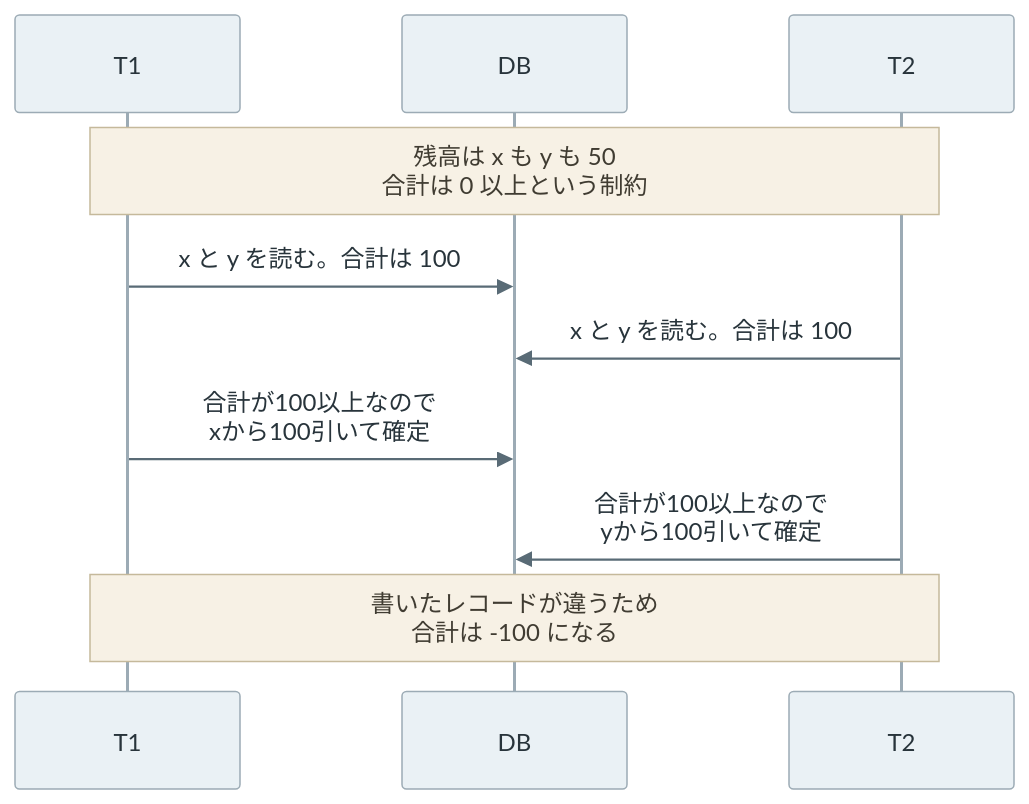
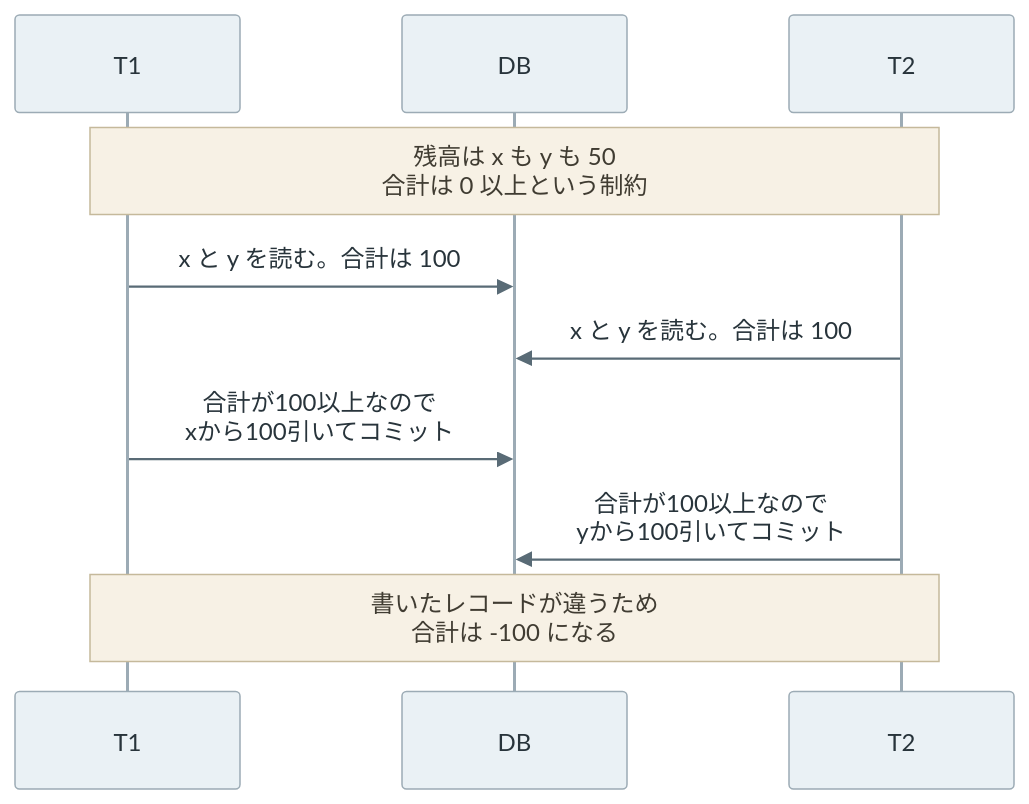
The second of 3 diagrams in content/notes/database-systems/snapshot-isolation/index.md (nao1215/debimate), drawn with Mermaid before and after one commit. The commit also changed other lines of this file and 32 other files, not shown here.

````diff
--- a/content/notes/database-systems/snapshot-isolation/index.md
+++ b/content/notes/database-systems/snapshot-isolation/index.md
@@ -84,13 +84,13 @@
 ```mermaid
 %%{init: {"theme":"base","themeVariables":{"primaryColor":"#eaf1f5","primaryTextColor":"#28343b","primaryBorderColor":"#9cabb5","lineColor":"#596b76","textColor":"#28343b","actorBkg":"#eaf1f5","actorBorder":"#9cabb5","actorTextColor":"#28343b","actorLineColor":"#9cabb5","signalColor":"#596b76","signalTextColor":"#28343b","noteBkgColor":"#f7f1e5","noteBorderColor":"#c5b99b","noteTextColor":"#403c32","activationBkgColor":"#edf3ef","activationBorderColor":"#9aafa1"}}}%%
 sequenceDiagram
     participant T1 as T1
     participant D as DB
     participant T2 as T2
     Note over T1,T2: 残高は x も y も 50<br/>合計は 0 以上という制約
     T1->>D: x と y を読む。合計は 100
     T2->>D: x と y を読む。合計は 100
-    T1->>D: 合計が100以上なので<br/>xから100引いて確定
-    T2->>D: 合計が100以上なので<br/>yから100引いて確定
+    T1->>D: 合計が100以上なので<br/>xから100引いてコミット
+    T2->>D: 合計が100以上なので<br/>yから100引いてコミット
     Note over T1,T2: 書いたレコードが違うため<br/>合計は -100 になる
 ```
````
